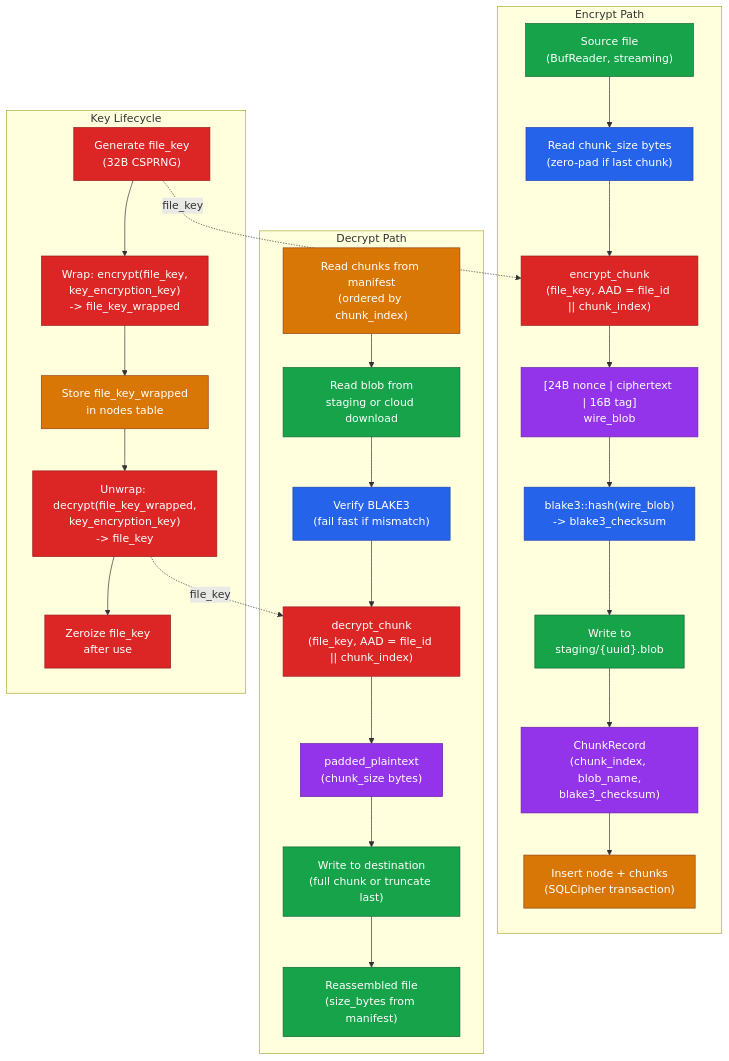
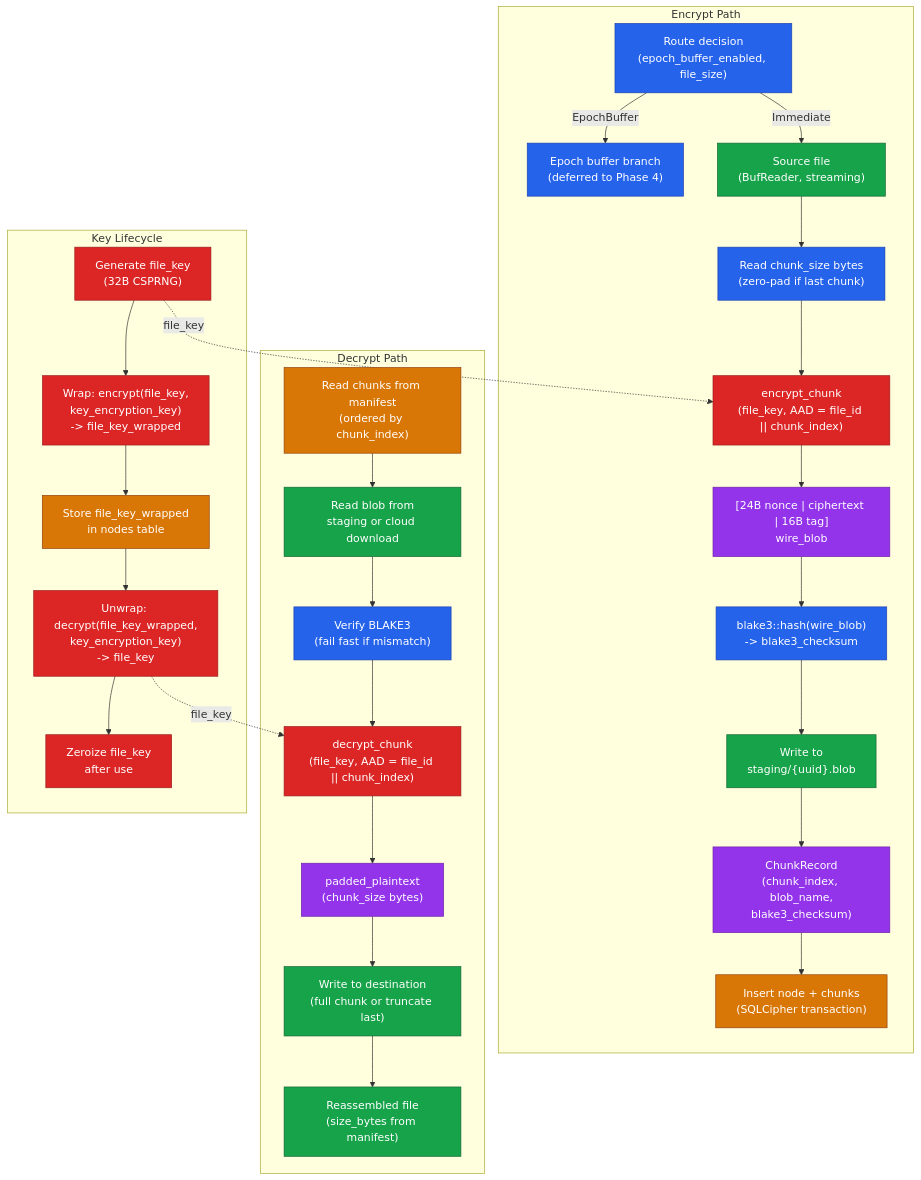
The diagram in docs/architecture/designs/chunking-and-manifest/diagrams/chunk-pipeline.md (salgaard/arx-runa), drawn with Mermaid before and after one commit. The commit also changed other lines of this file and 30 other files, not shown here.

````diff
--- a/docs/architecture/designs/chunking-and-manifest/diagrams/chunk-pipeline.md
+++ b/docs/architecture/designs/chunking-and-manifest/diagrams/chunk-pipeline.md
@@ -6,47 +6,51 @@
 ```mermaid
 flowchart TD
     subgraph ENCRYPT ["Encrypt Path"]
+        E0["Route decision<br/>(epoch_buffer_enabled, file_size)"]:::proc
+        E0B["Epoch buffer branch<br/>(deferred to Phase 4)"]:::proc
         E1["Source file<br/>(BufReader, streaming)"]:::io
         E2["Read chunk_size bytes<br/>(zero-pad if last chunk)"]:::proc
         E3["encrypt_chunk<br/>(file_key, AAD = file_id #124;#124; chunk_index)"]:::crypto
         E4["[24B nonce #124; ciphertext #124; 16B tag]<br/>wire_blob"]:::data
         E5["blake3::hash(wire_blob)<br/>-> blake3_checksum"]:::proc
         E6["Write to<br/>staging/{uuid}.blob"]:::io
         E7["ChunkRecord<br/>(chunk_index, blob_name,<br/>blake3_checksum)"]:::data
         E8["Insert node + chunks<br/>(SQLCipher transaction)"]:::db
     end
 
     subgraph DECRYPT ["Decrypt Path"]
         D1["Read chunks from manifest<br/>(ordered by chunk_index)"]:::db
         D2["Read blob from<br/>staging or cloud download"]:::io
         D3["Verify BLAKE3<br/>(fail fast if mismatch)"]:::proc
         D4["decrypt_chunk<br/>(file_key, AAD = file_id #124;#124; chunk_index)"]:::crypto
         D5["padded_plaintext<br/>(chunk_size bytes)"]:::data
         D6["Write to destination<br/>(full chunk or truncate last)"]:::io
         D7["Reassembled file<br/>(size_bytes from manifest)"]:::io
     end
 
     subgraph KEYS ["Key Lifecycle"]
         K1["Generate file_key<br/>(32B CSPRNG)"]:::crypto
         K2["Wrap: encrypt(file_key,<br/>key_encryption_key)<br/>-> file_key_wrapped"]:::crypto
         K3["Store file_key_wrapped<br/>in nodes table"]:::db
         K4["Unwrap: decrypt(file_key_wrapped,<br/>key_encryption_key)<br/>#45;#62; file_key"]:::crypto
         K5["Zeroize file_key<br/>after use"]:::crypto
     end
 
     K1 --> K2 --> K3
     K3 --> K4 --> K5
 
+    E0 -->|Immediate| E1
+    E0 -->|EpochBuffer| E0B
     E1 --> E2 --> E3
     K1 -.->|file_key| E3
     E3 --> E4 --> E5 --> E6 --> E7 --> E8
 
     D1 --> D2 --> D3 --> D4 --> D5 --> D6 --> D7
     K4 -.->|file_key| D4
 
     classDef io fill:#16a34a,stroke:#166534,color:#fff
     classDef proc fill:#2563eb,stroke:#1e40af,color:#fff
     classDef crypto fill:#dc2626,stroke:#991b1b,color:#fff
     classDef data fill:#9333ea,stroke:#6b21a8,color:#fff
     classDef db fill:#d97706,stroke:#92400e,color:#fff
 ```
````
